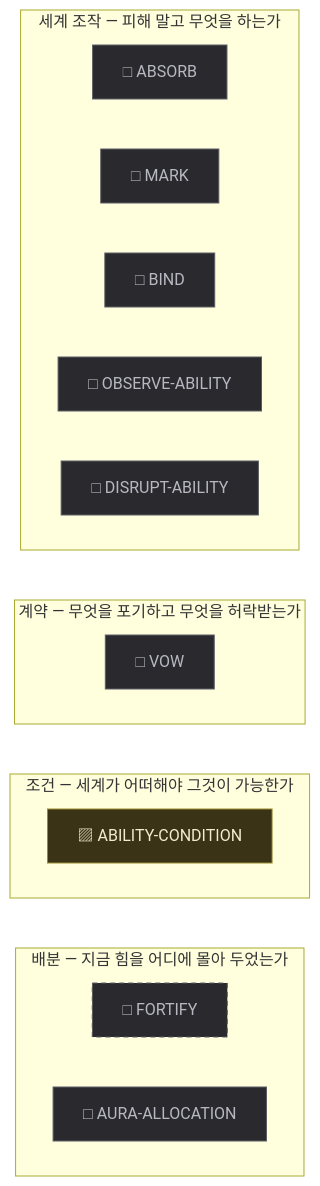
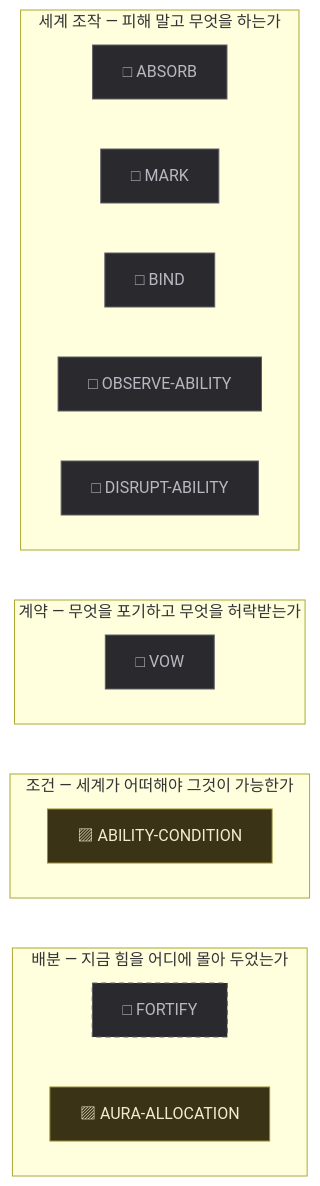
One commit to dkwkekzz/HktFramework changed the fourth of 16 diagrams in HktAdvProtoH/content/proto-adventure/master/graph/GRAPH.md. Above: the diagram before and after it, drawn with Mermaid. The commit also changed other lines of this file and 12 other files, not shown here.

````diff
--- a/HktAdvProtoH/content/proto-adventure/master/graph/GRAPH.md
+++ b/HktAdvProtoH/content/proto-adventure/master/graph/GRAPH.md
@@ -251,33 +251,33 @@
 ```mermaid
 flowchart TB
   subgraph SEG0 ["세계 조작 — 피해 말고 무엇을 하는가"]
     N0["□ ABSORB"]
     N1["□ MARK"]
     N2["□ BIND"]
     N3["□ OBSERVE-ABILITY"]
     N4["□ DISRUPT-ABILITY"]
   end
   subgraph SEG1 ["계약 — 무엇을 포기하고 무엇을 허락받는가"]
     N5["□ VOW"]
   end
   subgraph SEG2 ["조건 — 세계가 어떠해야 그것이 가능한가"]
     N6["▨ ABILITY-CONDITION"]
   end
   subgraph SEG3 ["배분 — 지금 힘을 어디에 몰아 두었는가"]
     N7["□ FORTIFY"]
-    N8["□ AURA-ALLOCATION"]
+    N8["▨ AURA-ALLOCATION"]
   end
   SEG0 ~~~ SEG1
   SEG1 ~~~ SEG2
   SEG2 ~~~ SEG3
 
   classDef impl fill:#16351f,stroke:#3f8a52,color:#d8f2df;
   classDef part fill:#3a3315,stroke:#9a8a2e,color:#f2ecd0;
   classDef miss fill:#2a2a2e,stroke:#5c5c66,color:#b8b8c2;
   classDef implS fill:#16351f,stroke:#3f8a52,color:#d8f2df,stroke-dasharray:5 4;
   classDef partS fill:#3a3315,stroke:#9a8a2e,color:#f2ecd0,stroke-dasharray:5 4;
   classDef missS fill:#2a2a2e,stroke:#5c5c66,color:#b8b8c2,stroke-dasharray:5 4;
-  class N6 part;
-  class N0,N1,N2,N3,N4,N5,N8 miss;
+  class N6,N8 part;
+  class N0,N1,N2,N3,N4,N5 miss;
   class N7 missS;
 ```
````
